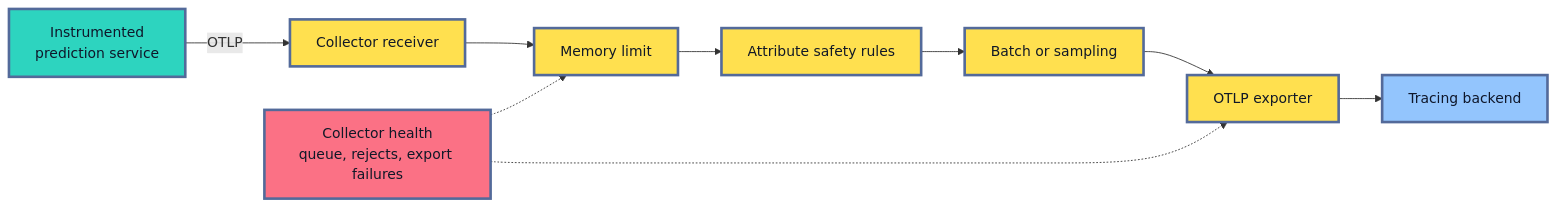
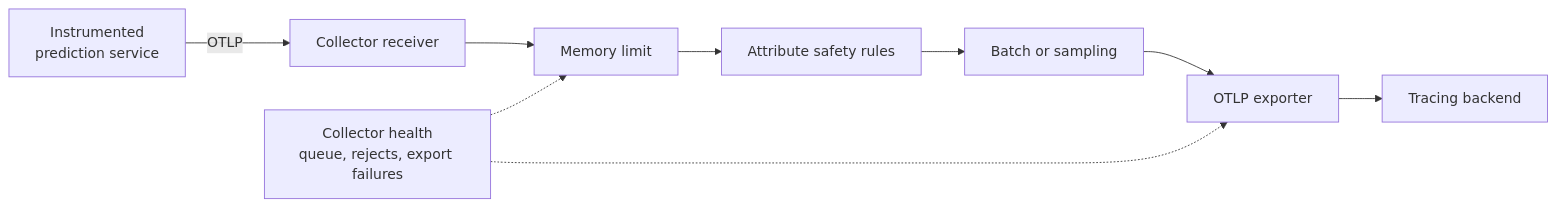
One commit to senlinyy/dev-roadmaps changed the seventh of 11 diagrams in roadmaps/mlops/modules/monitoring-and-feedback/system-observability/03-tracing-ml-services.md. Above: the diagram before and after it, drawn with Mermaid. The commit also changed other lines of this file and 152 other files, not shown here.

Commit message:
feat: mlops and diagrams updated

````diff
--- a/roadmaps/mlops/modules/monitoring-and-feedback/system-observability/03-tracing-ml-services.md
+++ b/roadmaps/mlops/modules/monitoring-and-feedback/system-observability/03-tracing-ml-services.md
@@ -469,21 +456,17 @@
 ```mermaid
 flowchart LR
     A["Instrumented<br/>prediction service"] -->|"OTLP"| B["Collector receiver"]
     B --> C["Memory limit"]
     C --> D["Attribute safety rules"]
     D --> E["Batch or sampling"]
     E --> F["OTLP exporter"]
     F --> G["Tracing backend"]
 
     H["Collector health<br/>queue, rejects, export failures"] -.-> C
     H -.-> F
 
-    classDef app fill:#2DD4BF,stroke:#536A9A,stroke-width:3px,color:#0F172A
-    classDef collector fill:#FFE04F,stroke:#536A9A,stroke-width:3px,color:#111827
-    classDef backend fill:#93C5FD,stroke:#536A9A,stroke-width:3px,color:#0F172A
-    classDef health fill:#FB7185,stroke:#536A9A,stroke-width:3px,color:#111827
     class A app
     class B,C,D,E,F collector
     class G backend
     class H health
 ```
````
